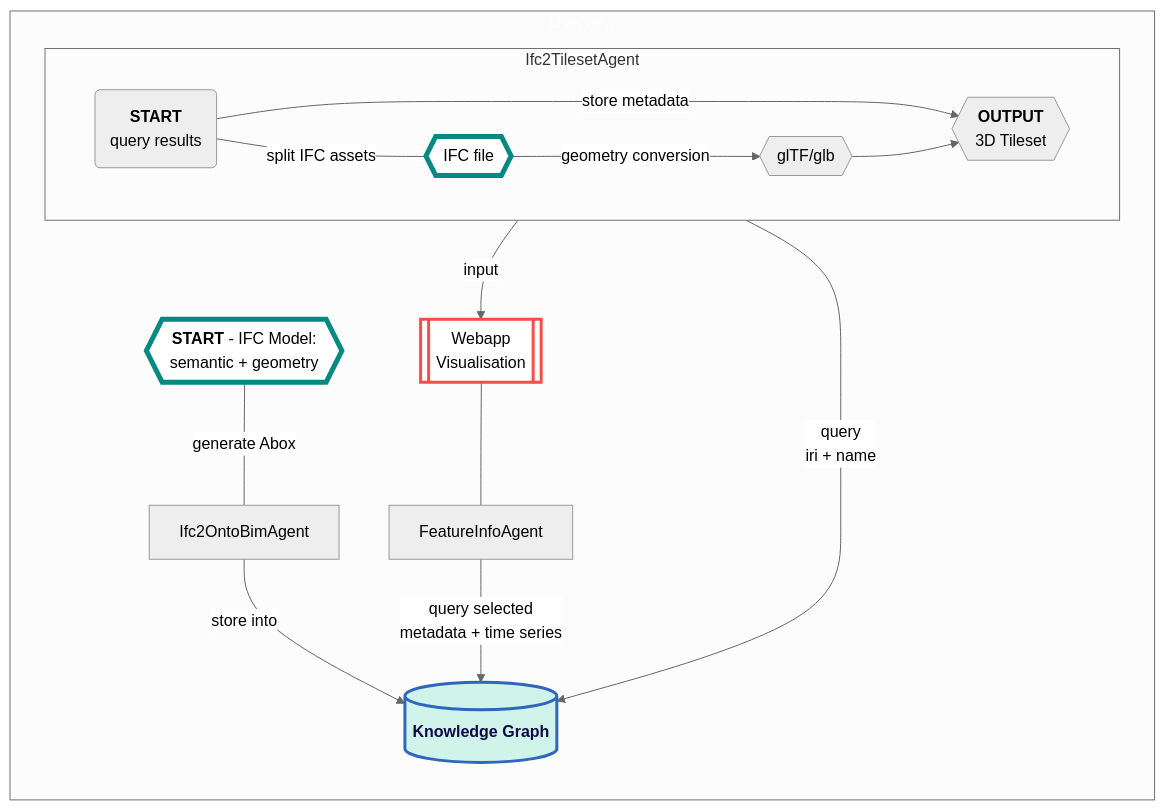
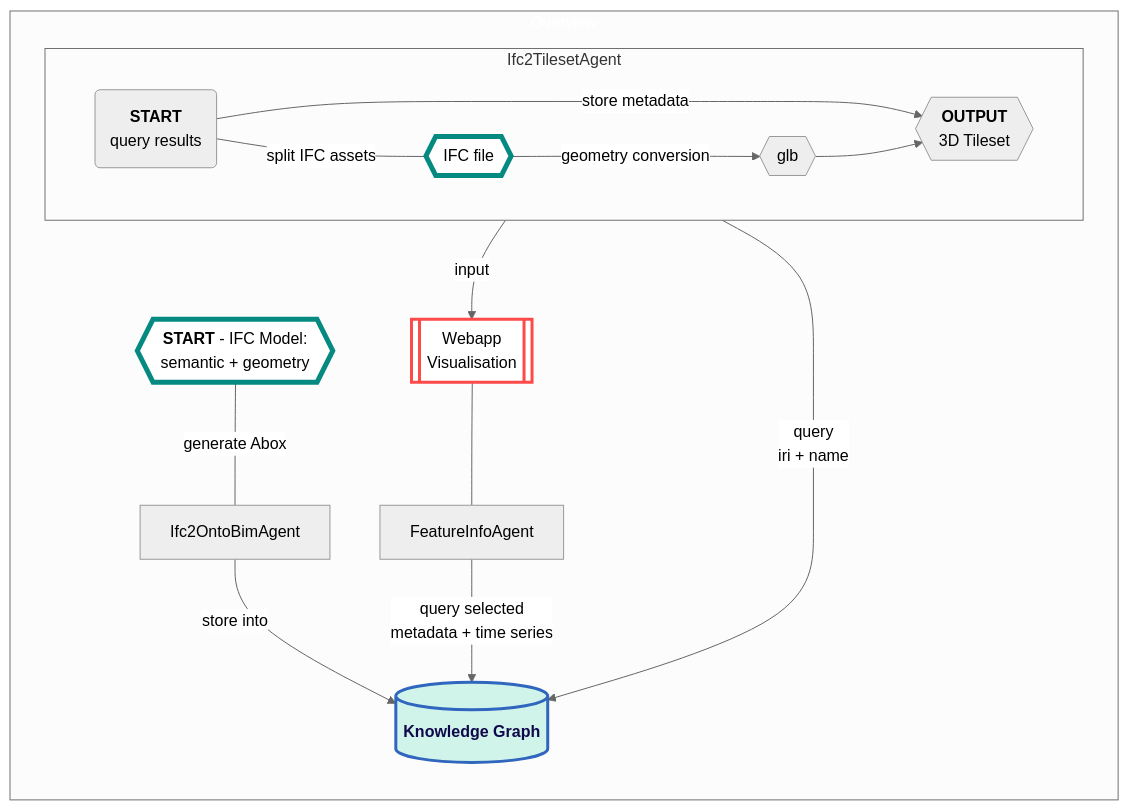
Before and after one commit to cambridge-cares/TheWorldAvatar: the diagram in Agents/Ifc2TilesetAgent/README.md, drawn with Mermaid. The commit also changed other lines of this file, not shown here.

````diff
--- a/Agents/Ifc2TilesetAgent/README.md
+++ b/Agents/Ifc2TilesetAgent/README.md
@@ -16,25 +16,25 @@
 ```mermaid
     %%{init: {'theme':'neutral', 'fontFamily':'verdana'}}%%
     flowchart TB
     subgraph Overview
         direction TB
         id1{{<b>START</b> - IFC Model: <br> semantic + geometry}}:::start --- |generate Abox|id2[Ifc2OntoBimAgent] 
         id2 --> |store into| id3[(<b>Knowledge Graph</b>)]:::db
         Ifc2TilesetAgent --> |query <br> iri + name|id3
         Ifc2TilesetAgent -->|input| id4[[Webapp<br>Visualisation]]:::webapp
         id4 --- id5[FeatureInfoAgent] 
         id5 --> |query selected <br> metadata + time series|id3
 
         subgraph Ifc2TilesetAgent
         direction LR
             id6(<b>START</b><br> query results) ---|split IFC assets| id7{{IFC file}}:::start
-            id7 --> |geometry conversion|id8{{glTF/glb}}
+            id7 --> |geometry conversion|id8{{glb}}
             id6 --> |store metadata|id9{{<b>OUTPUT</b><br>3D Tileset}}
             id8 --> id9
         end
     end
     classDef start fill:#fff,stroke:#048A81,stroke-width:5px;
     classDef webapp fill:#fff,stroke:#FE4A49,stroke-width:3px;
     classDef db fill:#D0F4EA,stroke:#3066BE,stroke-width:3px, color:#0F084B;
     style Overview color:#fff;
 ```
````
